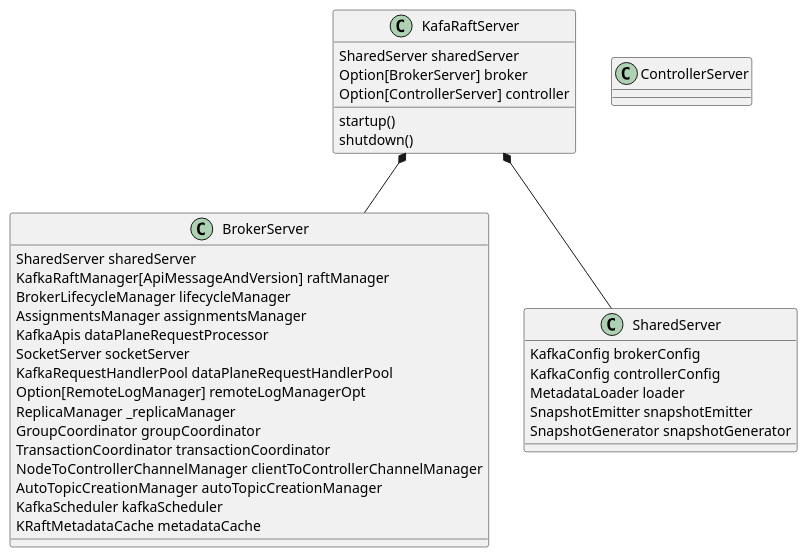
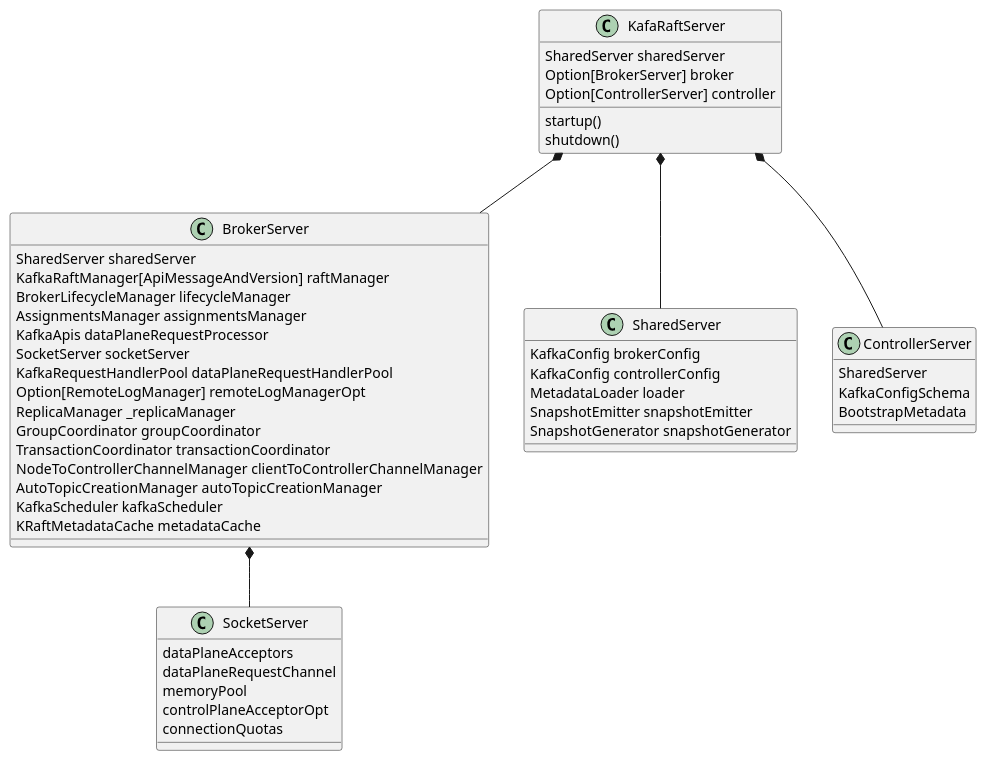
Before and after one commit to kevinwang930/kevinwang930.github.io: the third of 4 diagrams in content/post/stream/event/kafka/index.md, drawn with PlantUML. The commit also changed other lines of this file, not shown here.

````diff
--- a/content/post/stream/event/kafka/index.md
+++ b/content/post/stream/event/kafka/index.md
@@ -258,43 +251,60 @@
 ```plantuml
 class KafaRaftServer {
   SharedServer sharedServer
   Option[BrokerServer] broker
   Option[ControllerServer] controller
   startup()
   shutdown()
 }
 
 
 class BrokerServer {
   SharedServer sharedServer
   KafkaRaftManager[ApiMessageAndVersion] raftManager
   BrokerLifecycleManager lifecycleManager
   AssignmentsManager assignmentsManager
   KafkaApis dataPlaneRequestProcessor
   SocketServer socketServer
   KafkaRequestHandlerPool dataPlaneRequestHandlerPool
   Option[RemoteLogManager] remoteLogManagerOpt
   ReplicaManager _replicaManager
   GroupCoordinator groupCoordinator
   TransactionCoordinator transactionCoordinator
   NodeToControllerChannelManager clientToControllerChannelManager
   AutoTopicCreationManager autoTopicCreationManager
   KafkaScheduler kafkaScheduler
   KRaftMetadataCache metadataCache
 }
 
 class SharedServer {
   KafkaConfig brokerConfig
   KafkaConfig controllerConfig
   MetadataLoader loader
   SnapshotEmitter snapshotEmitter
   SnapshotGenerator snapshotGenerator
 }
 
 class ControllerServer {
+  SharedServer
+  KafkaConfigSchema
+  BootstrapMetadata
   
+
 }
+
+class SocketServer {
+  dataPlaneAcceptors
+  dataPlaneRequestChannel
+  memoryPool
+  controlPlaneAcceptorOpt
+  connectionQuotas
+} 
+
+
 KafaRaftServer *-- BrokerServer
 KafaRaftServer *-- SharedServer
+KafaRaftServer *-- ControllerServer
+BrokerServer *-- SocketServer
+
 
 ```
````
